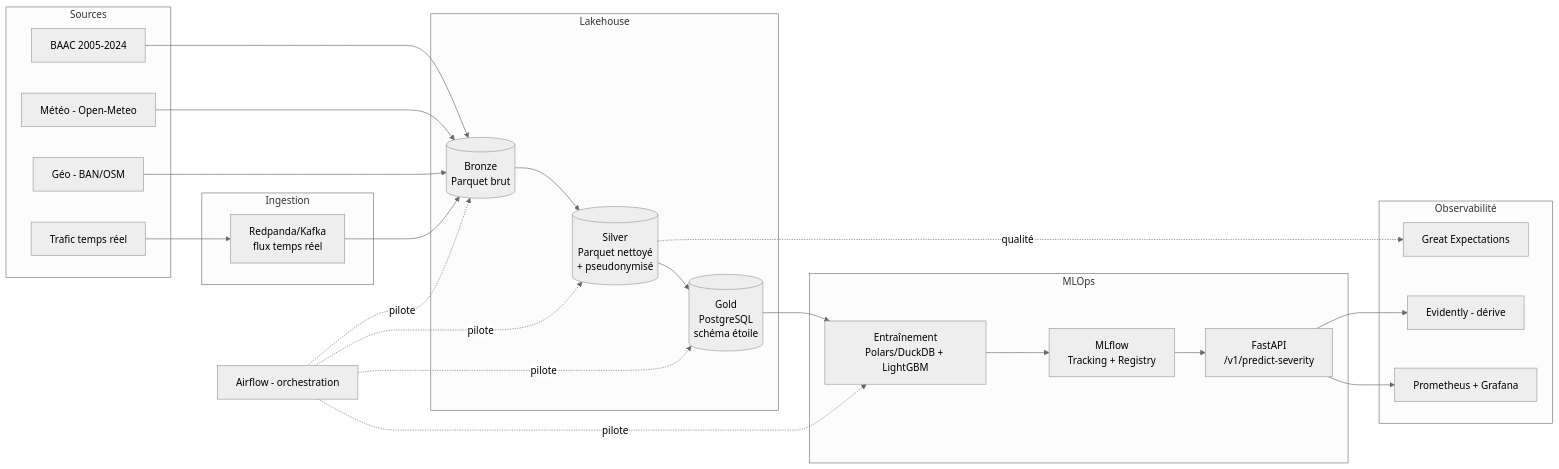
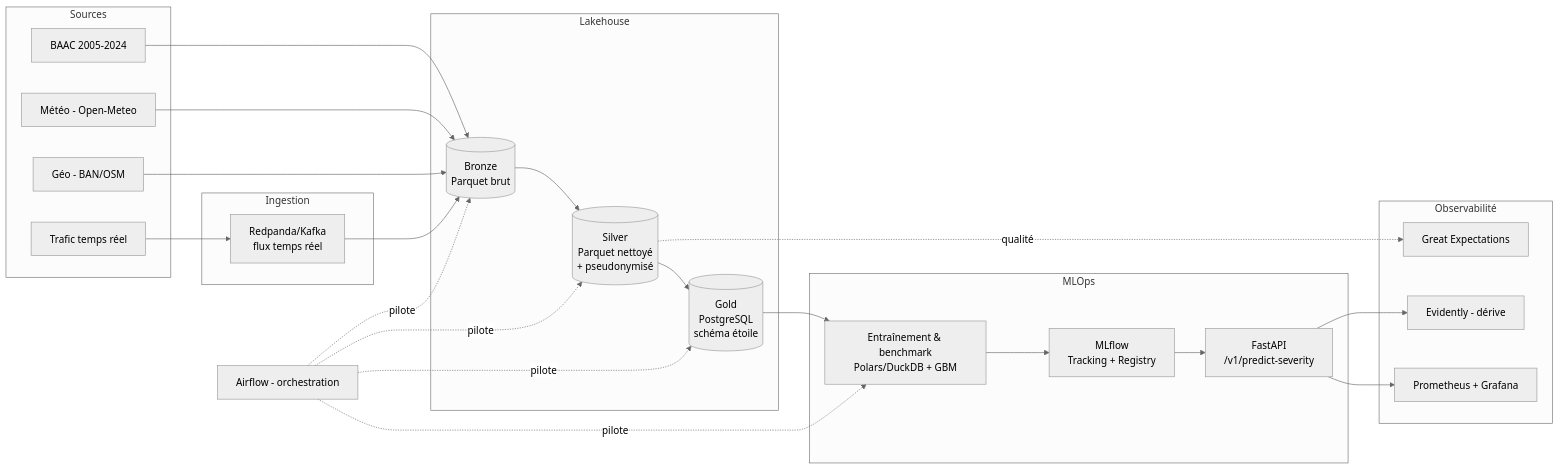
Before and after one commit to VigiRoute/gravia: the first of 4 diagrams in docs/Architecture_GRAVIA.md, drawn with Mermaid (neutral theme). The commit also changed other lines of this file and 4 other files, not shown here.

````diff
--- a/docs/Architecture_GRAVIA.md
+++ b/docs/Architecture_GRAVIA.md
@@ -52,46 +52,46 @@
 ```mermaid
 flowchart LR
     subgraph Sources
         A1[BAAC 2005-2024]
         A2[Météo - Open-Meteo]
         A3[Géo - BAN/OSM]
         A4[Trafic temps réel]
     end
 
     subgraph Ingestion
         K[Redpanda/Kafka\nflux temps réel]
     end
 
     subgraph Lakehouse
         B[(Bronze\nParquet brut)]
         S[(Silver\nParquet nettoyé\n+ pseudonymisé)]
         G[(Gold\nPostgreSQL\nschéma étoile)]
     end
 
     subgraph MLOps
-        M[Entraînement\nPolars/DuckDB + LightGBM]
+        M[Entraînement & benchmark\nPolars/DuckDB + GBM]
         R[MLflow\nTracking + Registry]
         API[FastAPI\n/v1/predict-severity]
     end
 
     subgraph Observabilité
         GE[Great Expectations]
         EV[Evidently - dérive]
         PG[Prometheus + Grafana]
     end
 
     A1 --> B
     A2 --> B
     A3 --> B
     A4 --> K --> B
     B --> S --> G
     S -.qualité.-> GE
     G --> M --> R --> API
     API --> EV
     API --> PG
 
     O[Airflow - orchestration] -.pilote.-> B
     O -.pilote.-> S
     O -.pilote.-> G
     O -.pilote.-> M
 ```
````
